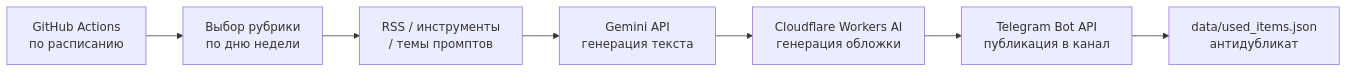
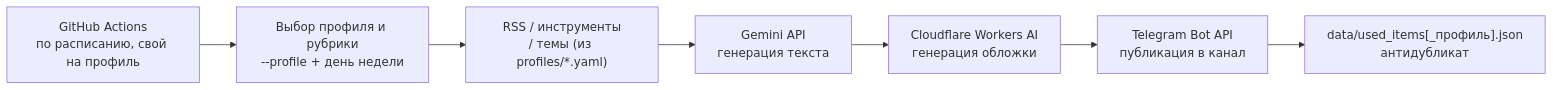
One commit to meowthowl/prompty-app changed the diagram in README.md. Above: the diagram before and after it, drawn with Mermaid. The commit also changed other lines of this file and 13 other files, not shown here.

````diff
--- a/README.md
+++ b/README.md
@@ -34,9 +48,9 @@
 ```mermaid
 flowchart LR
-    A["GitHub Actions\nпо расписанию"] --> B["Выбор рубрики\nпо дню недели"]
-    B --> C["RSS / инструменты\n/ темы промптов"]
+    A["GitHub Actions\nпо расписанию, свой на профиль"] --> B["Выбор профиля и рубрики\n--profile + день недели"]
+    B --> C["RSS / инструменты\n/ темы (из profiles/*.yaml)"]
     C --> D["Gemini API\nгенерация текста"]
     D --> E["Cloudflare Workers AI\nгенерация обложки"]
     E --> F["Telegram Bot API\nпубликация в канал"]
-    F --> G["data/used_items.json\nантидубликат"]
+    F --> G["data/used_items[_профиль].json\nантидубликат"]
 ```
````
